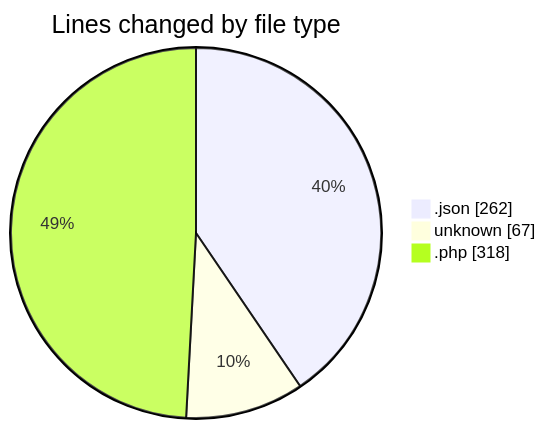
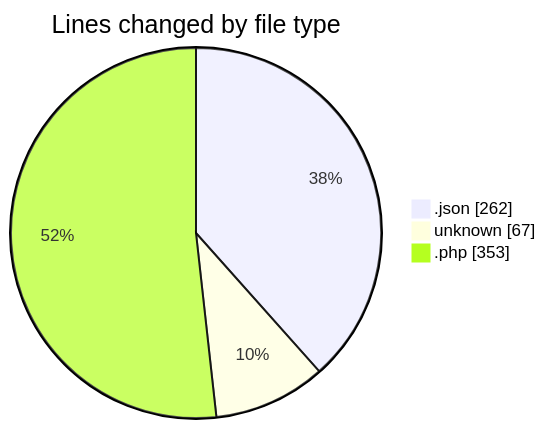
The first of 2 diagrams in 2025-10-05/laravel-penyewaan-lapangan-futsal/README.md (idhammustaqopulfikri/code-tracking), drawn with Mermaid before and after one commit. The commit also changed other lines of this file and 1 other file, not shown here.

````diff
--- a/2025-10-05/laravel-penyewaan-lapangan-futsal/README.md
+++ b/2025-10-05/laravel-penyewaan-lapangan-futsal/README.md
@@ -24,7 +25,7 @@
 ```mermaid
 pie showData
 title Lines changed by file type
 ".json" : 262
 "unknown" : 67
-".php" : 318
+".php" : 353
 ```
````
